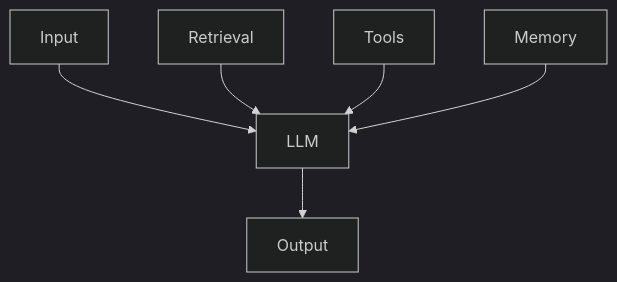
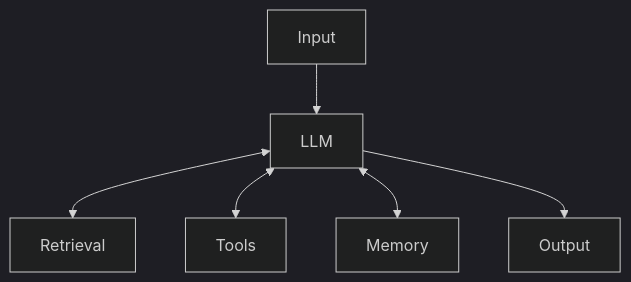
The fourth of 12 diagrams in 2026-2027-Sem1/AIMLCZG521-ConversationalAI/notes/S01-foundations.md (sanjaykumarpushadapu/MTech), drawn with Mermaid (dark theme) before and after one commit. The commit also changed other lines of this file and 2 other files, not shown here.

Commit message:
fix s mermaid

````diff
--- a/2026-2027-Sem1/AIMLCZG521-ConversationalAI/notes/S01-foundations.md
+++ b/2026-2027-Sem1/AIMLCZG521-ConversationalAI/notes/S01-foundations.md
@@ -160,8 +164,8 @@
 ```mermaid
 flowchart TD
     IN[Input] --> LLM[LLM]
-    R[Retrieval] --> LLM
-    T[Tools] --> LLM
-    M[Memory] --> LLM
+    LLM <--> R[Retrieval]
+    LLM <--> T[Tools]
+    LLM <--> M[Memory]
     LLM --> OUT[Output]
 ```
````
